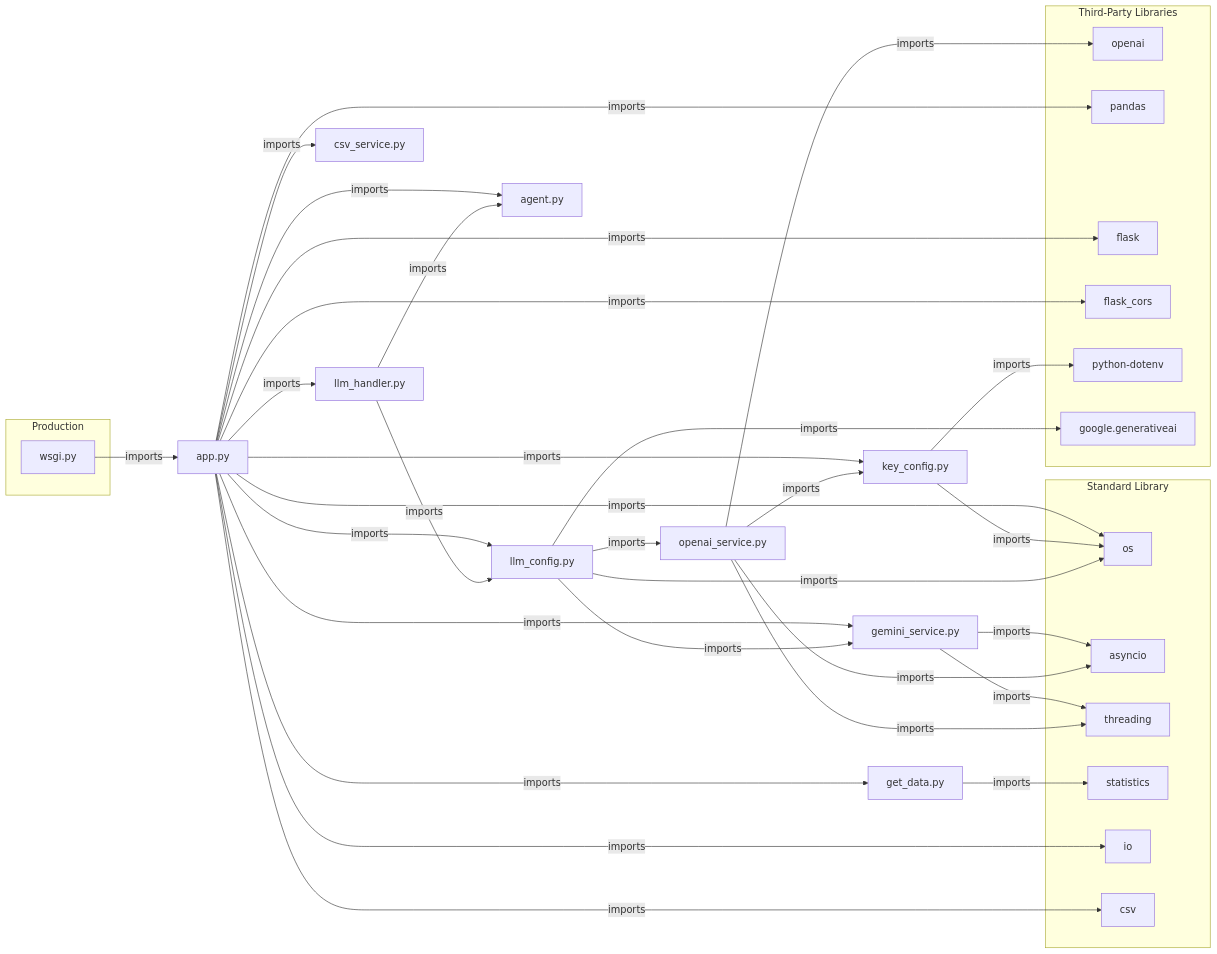
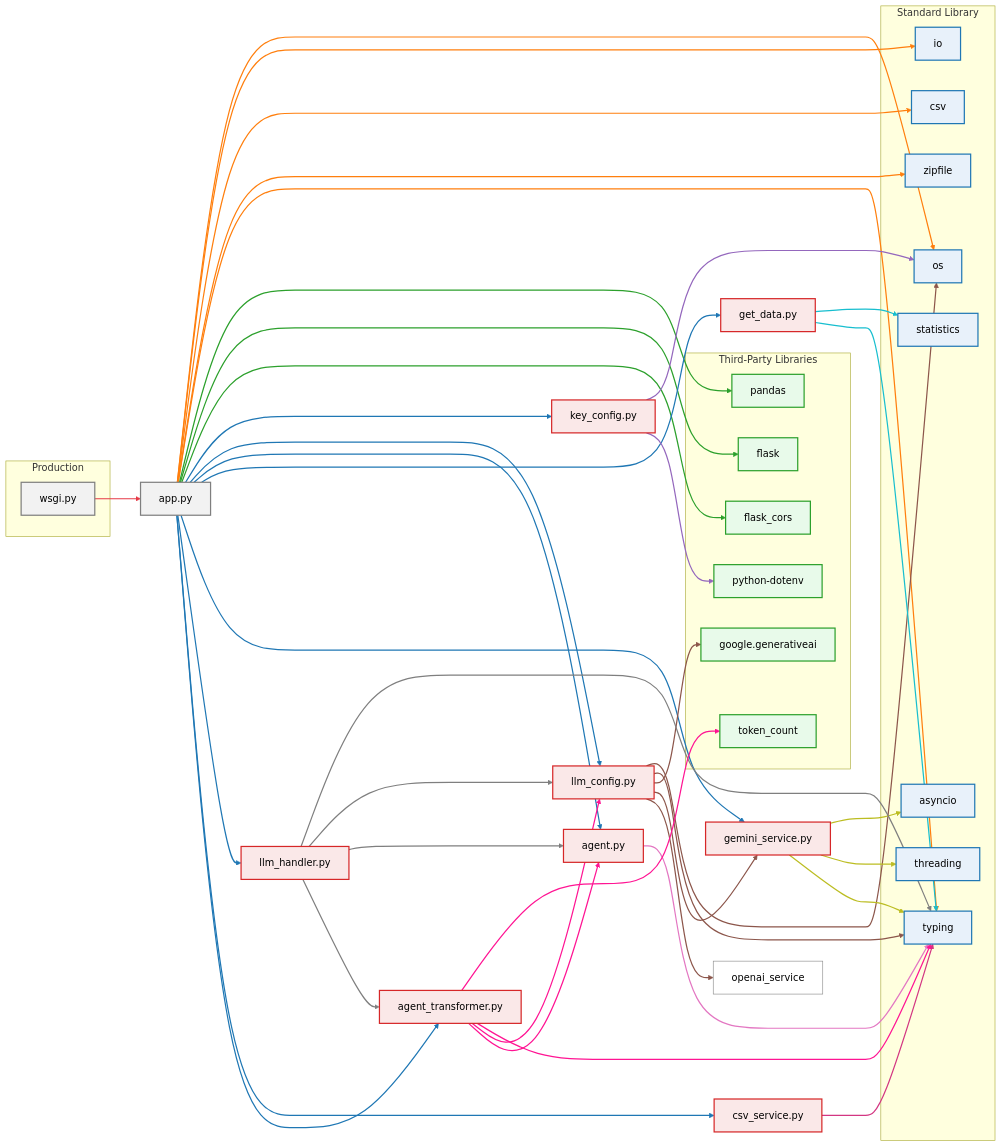
One commit to ohtu-kohtalo/ohjelmistotuotantoprojekti changed the second of 3 diagrams in docs/ARCHITECTURE.md. Above: the diagram before and after it, drawn with Mermaid. The commit also changed other lines of this file, not shown here.

````diff
--- a/docs/ARCHITECTURE.md
+++ b/docs/ARCHITECTURE.md
@@ -51,66 +56,105 @@
 ```mermaid
 graph LR
-    app[app.py] -->|imports| key_config[key_config.py]
-    app -->|imports| llm_config[llm_config.py]
-    app -->|imports| agent[agent.py]
-    app -->|imports| get_data[get_data.py]
-    app -->|imports| gemini_service[gemini_service.py]
-    app -->|imports| llm_handler[llm_handler.py]
-    app -->|imports| csv_service[csv_service.py]
+  subgraph Standard Library
+    os
+    io
+    csv
+    zipfile
+    typing
+    statistics
+    asyncio
+    threading
+  end
 
-    llm_handler -->|imports| llm_config
-    llm_handler -->|imports| agent
+  subgraph Third-Party Libraries
+    pandas
+    flask
+    flask_cors
+    python-dotenv
+    google.generativeai
+    token_count
+  end
 
-    openai_service[openai_service.py] -->|imports| key_config
+  subgraph Production
+    wsgi[wsgi.py]
+  end
 
-    llm_config -->|imports| openai_service
-    llm_config -->|imports| gemini_service
+  %% Core app wiring
+  wsgi --> app[app.py]
 
-    subgraph Production
-        wsgi[wsgi.py]
-    end
+  app --> os
+  app --> io
+  app --> csv
+  app --> zipfile
+  app --> typing
 
-    wsgi -->|imports| app
+  app --> pandas
+  app --> flask
+  app --> flask_cors
 
-    subgraph Standard Library
-        os
-        asyncio
-        threading
-        statistics
-        io
-        csv
-    end
+  app --> key_config[key_config.py]
+  app --> llm_config[llm_config.py]
+  app --> agent[agent.py]
+  app --> get_data[get_data.py]
+  app --> gemini_service[gemini_service.py]
+  app --> llm_handler[llm_handler.py]
+  app --> csv_service[csv_service.py]
+  app --> agent_transformer[agent_transformer.py]
 
-    subgraph Third-Party Libraries
-        openai
-        pandas
-        flask
-        flask_cors
-        python-dotenv
-        google.generativeai
-    end
+  key_config --> os
+  key_config --> python-dotenv
 
-    gemini_service -->|imports| asyncio
-    gemini_service -->|imports| threading
+  llm_config --> os
+  llm_config --> typing
+  llm_config --> google.generativeai
+  llm_config --> gemini_service
+  llm_config --> openai_service
 
-    get_data -->|imports| statistics
+  agent --> typing
 
-    openai_service -->|imports| asyncio
-    openai_service -->|imports| threading
-    openai_service -->|imports| openai
+  get_data --> statistics
+  get_data --> typing
 
-    app -->|imports| os
-    app -->|imports| io
-    app -->|imports| csv
-    app -->|imports| pandas
-    app -->|imports| flask
-    app -->|imports| flask_cors
+  gemini_service --> asyncio
+  gemini_service --> threading
+  gemini_service --> typing
 
-    key_config -->|imports| os
-    key_config -->|imports| python-dotenv
+  llm_handler --> typing
+  llm_handler --> llm_config
+  llm_handler --> agent
+  llm_handler --> agent_transformer
 
-    llm_config -->|imports| os
-    llm_config -->|imports| google.generativeai
+  csv_service --> typing
 
+  agent_transformer --> token_count
+  agent_transformer --> typing
+  agent_transformer --> llm_config
+  agent_transformer --> agent
+
+  %% Make all text black
+  classDef default  fill:#ffffff,stroke:#888,stroke-width:1px,color:#000;
+  classDef stdlib   fill:#e8f1fa,stroke:#1f77b4,stroke-width:2px,color:#000;
+  classDef third    fill:#e8faea,stroke:#2ca02c,stroke-width:2px,color:#000;
+  classDef core     fill:#fae8e8,stroke:#d62728,stroke-width:2px,color:#000;
+  classDef prod     fill:#f2f2f2,stroke:#7f7f7f,stroke-width:2px,color:#000;
+
+  class os,io,csv,zipfile,typing,statistics,asyncio,threading stdlib
+  class pandas,flask,flask_cors,python-dotenv,google.generativeai,token_count third
+  class key_config,llm_config,agent,get_data,gemini_service,llm_handler,csv_service,agent_transformer core
+  class wsgi,app prod
+
+  %% Edge coloring
+  linkStyle 0                stroke:#e63946,stroke-width:2px
+  linkStyle 1,2,3,4,5        stroke:#ff7f0e,stroke-width:2px
+  linkStyle 6,7,8            stroke:#2ca02c,stroke-width:2px
+  linkStyle 9,10,11,12,13,14,15,16  stroke:#1f77b4,stroke-width:2px
+  linkStyle 17,18            stroke:#9467bd,stroke-width:2px
+  linkStyle 19,20,21,22,23   stroke:#8c564b,stroke-width:2px
+  linkStyle 24               stroke:#e377c2,stroke-width:2px
+  linkStyle 25,26            stroke:#17becf,stroke-width:2px
+  linkStyle 27,28,29         stroke:#bcbd22,stroke-width:2px
+  linkStyle 30,31,32,33      stroke:#7f7f7f,stroke-width:2px
+  linkStyle 34               stroke:#d33682,stroke-width:2px
+  linkStyle 35,36,37,38      stroke:#ff1493,stroke-width:2px
 
 ```
````
